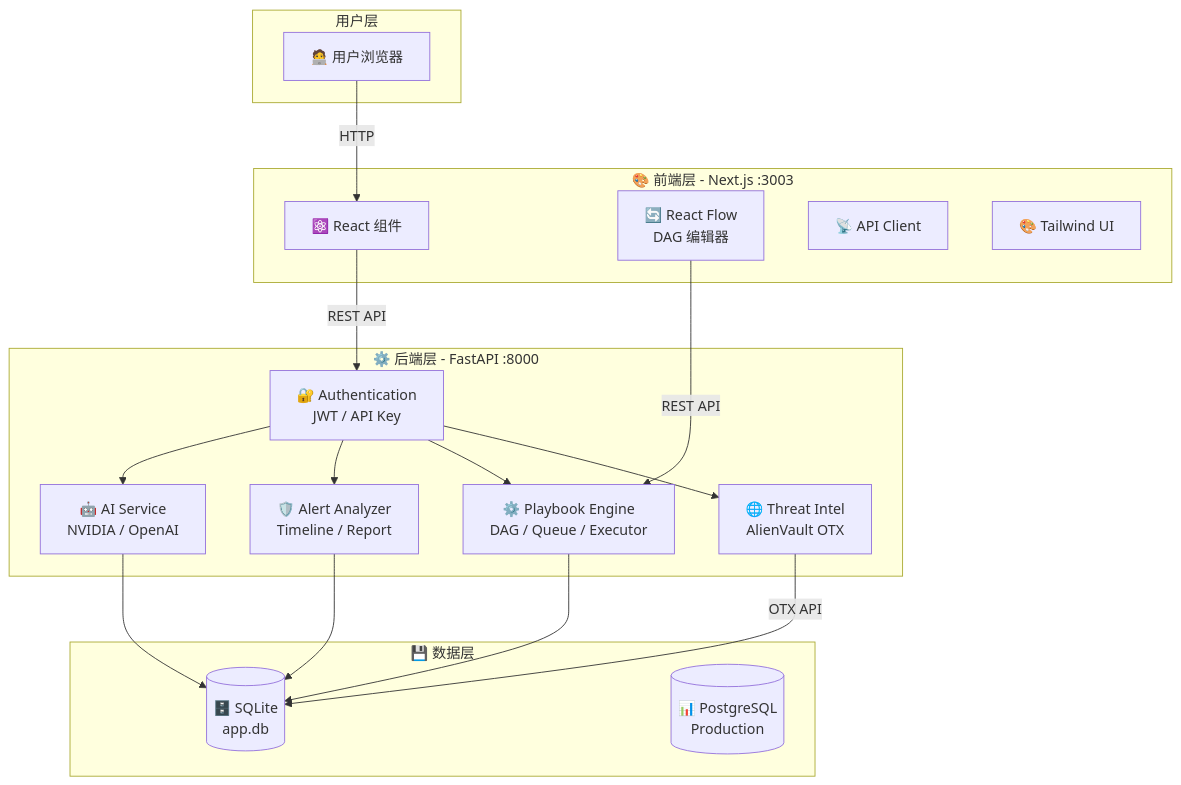
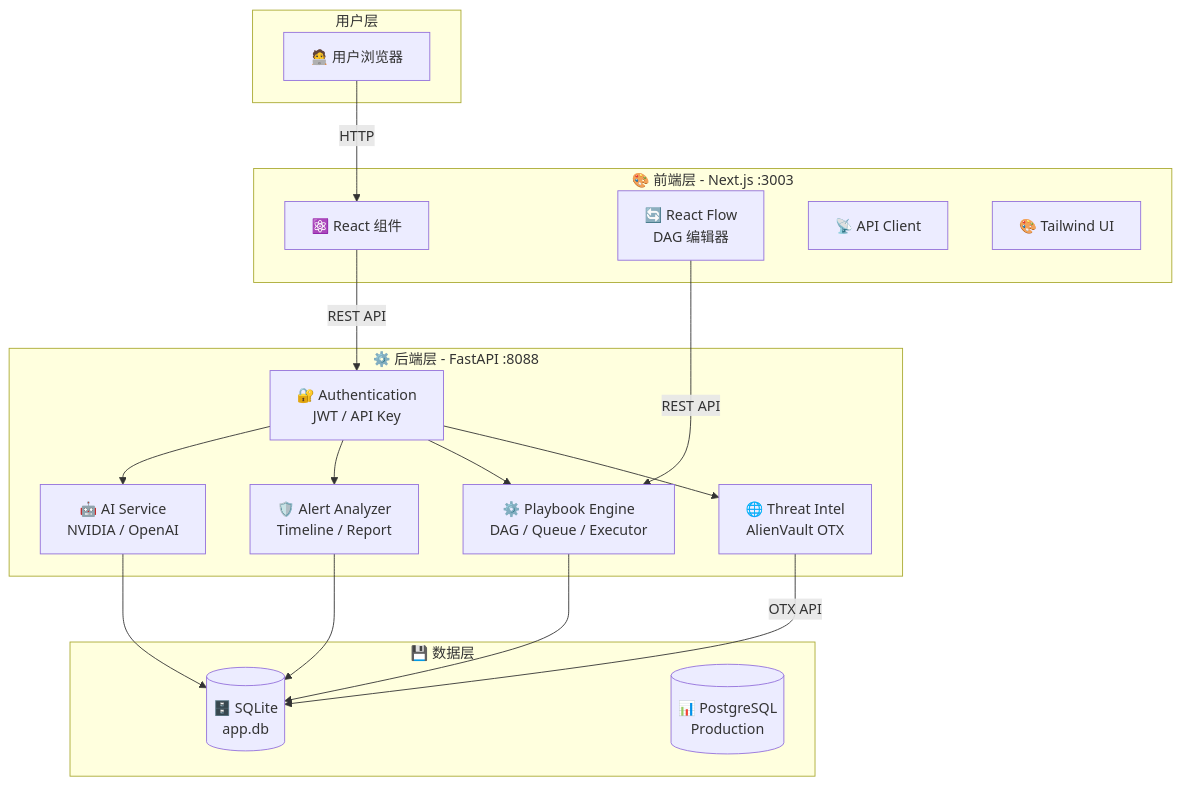
One commit to liubojacob-lang/soc-copilot changed the first of 6 diagrams in docs/01-architecture.md. Above: the diagram before and after it, drawn with Mermaid. The commit also changed 34 other files, not shown here.

````diff
--- a/docs/01-architecture.md
+++ b/docs/01-architecture.md
@@ -40,35 +40,35 @@
 ```mermaid
 graph TB
     subgraph 用户层
         A[🧑‍💻 用户浏览器]
     end
 
     subgraph 前端层[🎨 前端层 - Next.js :3003]
         B1[⚛️ React 组件]
         B2[🔄 React Flow<br/>DAG 编辑器]
         B3[📡 API Client]
         B4[🎨 Tailwind UI]
     end
 
-    subgraph 后端层[⚙️ 后端层 - FastAPI :8000]
+    subgraph 后端层[⚙️ 后端层 - FastAPI :8088]
         C1[🔐 Authentication<br/>JWT / API Key]
         C2[🤖 AI Service<br/>NVIDIA / OpenAI]
         C3[🛡️ Alert Analyzer<br/>Timeline / Report]
         C4[⚙️ Playbook Engine<br/>DAG / Queue / Executor]
         C5[🌐 Threat Intel<br/>AlienVault OTX]
     end
 
     subgraph 数据层[💾 数据层]
         D1[(🗄️ SQLite<br/>app.db)]
         D2[(📊 PostgreSQL<br/>Production)]
     end
 
     A -->|HTTP| B1
     B1 -->|REST API| C1
     B2 -->|REST API| C4
     C1 --> C2 & C3 & C4 & C5
     C2 --> D1
     C3 --> D1
     C4 --> D1
     C5 -->|OTX API| D1
 ```
````
